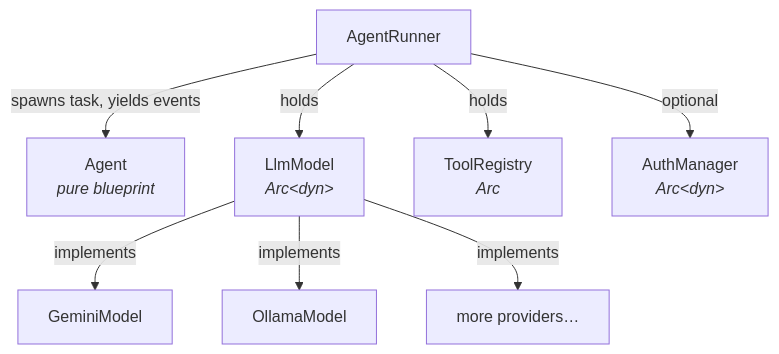
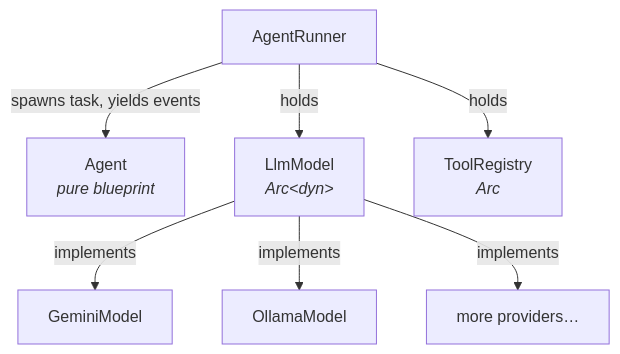
One commit to andreban/agent-rig changed the diagram in README.md. Above: the diagram before and after it, drawn with Mermaid. The commit also changed other lines of this file and 17 other files, not shown here.

````diff
--- a/README.md
+++ b/README.md
@@ -400,10 +394,9 @@
 ```mermaid
 graph TD
     AR[AgentRunner] -->|spawns task, yields events| A[Agent<br/><i>pure blueprint</i>]
     AR -->|holds| LM[LlmModel<br/><i>Arc&lt;dyn&gt;</i>]
     AR -->|holds| TR[ToolRegistry<br/><i>Arc</i>]
-    AR -->|optional| AM[AuthManager<br/><i>Arc&lt;dyn&gt;</i>]
     LM -->|implements| GM[GeminiModel]
     LM -->|implements| OM[OllamaModel]
     LM -->|implements| MORE[more providers…]
 ```
````
